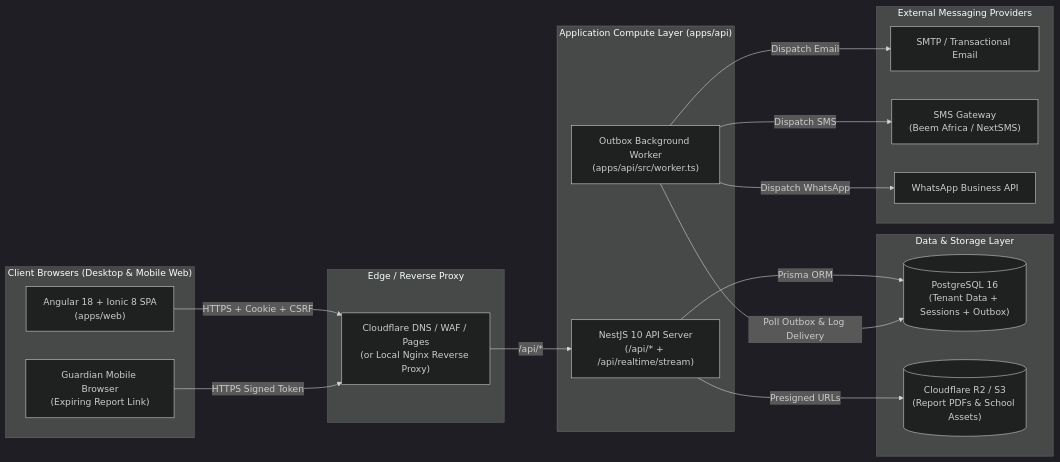
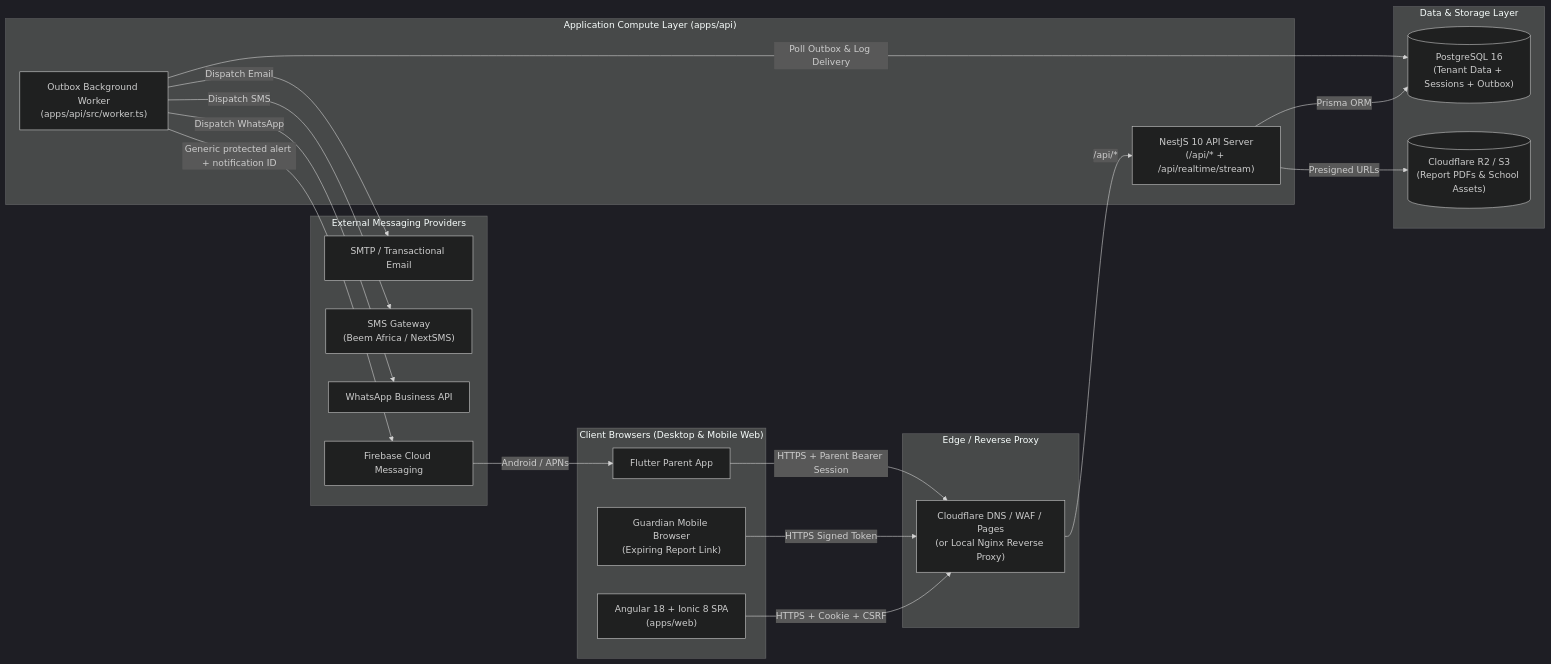
One commit to SyncAcademy/syncacademy changed the first of 3 diagrams in docs/system-design-and-architecture.md. Above: the diagram before and after it, drawn with Mermaid (dark theme). The commit also changed other lines of this file and 26 other files, not shown here.

````diff
--- a/docs/system-design-and-architecture.md
+++ b/docs/system-design-and-architecture.md
@@ -25,37 +26,42 @@
 ```mermaid
 flowchart LR
     subgraph Clients["Client Browsers (Desktop & Mobile Web)"]
         SPA["Angular 18 + Ionic 8 SPA<br/>(apps/web)"]
         GuardianLink["Guardian Mobile Browser<br/>(Expiring Report Link)"]
+        ParentApp["Flutter Parent App"]
     end
 
     subgraph Edge["Edge / Reverse Proxy"]
         CF["Cloudflare DNS / WAF / Pages<br/>(or Local Nginx Reverse Proxy)"]
     end
 
     subgraph Backend["Application Compute Layer (apps/api)"]
         API["NestJS 10 API Server<br/>(/api/* + /api/realtime/stream)"]
         Worker["Outbox Background Worker<br/>(apps/api/src/worker.ts)"]
     end
 
     subgraph Data["Data & Storage Layer"]
         PG[("PostgreSQL 16<br/>(Tenant Data + Sessions + Outbox)")]
         R2[("Cloudflare R2 / S3<br/>(Report PDFs & School Assets)")]
     end
 
     subgraph Providers["External Messaging Providers"]
         SMTP["SMTP / Transactional Email"]
         SMS["SMS Gateway<br/>(Beem Africa / NextSMS)"]
         WA["WhatsApp Business API"]
+        FCM["Firebase Cloud Messaging"]
     end
 
     SPA -->|HTTPS + Cookie + CSRF| CF
     GuardianLink -->|HTTPS Signed Token| CF
+    ParentApp -->|HTTPS + Parent Bearer Session| CF
     CF -->|/api/*| API
     API -->|Prisma ORM| PG
     API -->|Presigned URLs| R2
     Worker -->|Poll Outbox & Log Delivery| PG
     Worker -->|Dispatch Email| SMTP
     Worker -->|Dispatch SMS| SMS
     Worker -->|Dispatch WhatsApp| WA
+    Worker -->|Generic protected alert + notification ID| FCM
+    FCM -->|Android / APNs| ParentApp
 ```
````
